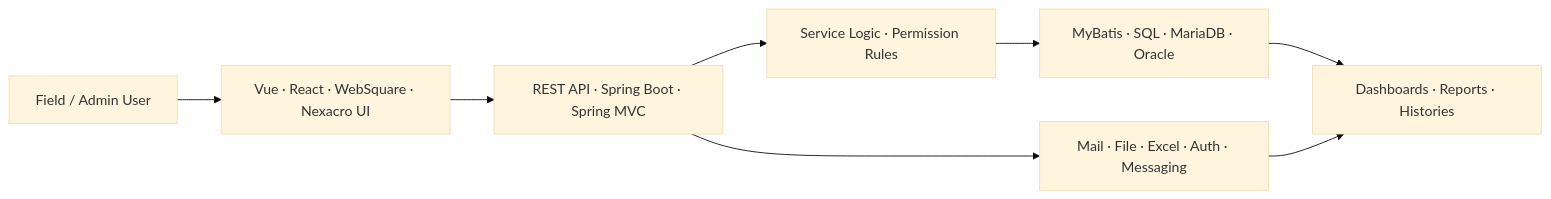
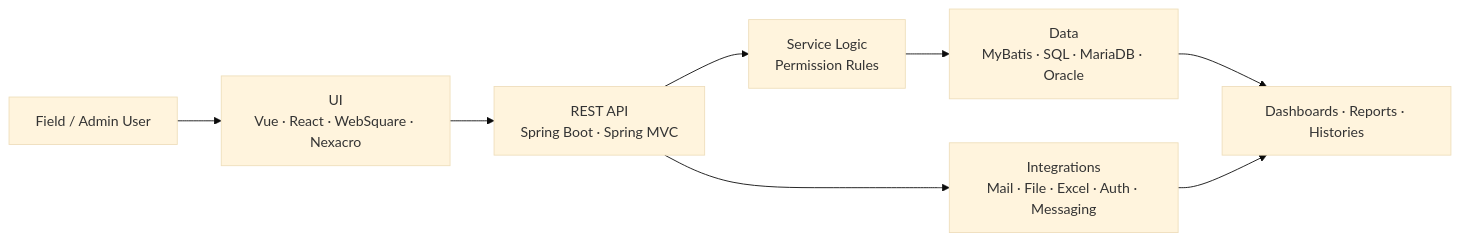
One commit to YongjaeKwon/YongjaeKwon changed the diagram in README.md. Above: the diagram before and after it, drawn with Mermaid (base theme). The commit also changed other lines of this file, not shown here.

````diff
--- a/README.md
+++ b/README.md
@@ -60,10 +113,10 @@
 ```mermaid
 flowchart LR
-  A["Field / Admin User"] --> B["Vue · React · WebSquare · Nexacro UI"]
-  B --> C["REST API · Spring Boot · Spring MVC"]
-  C --> D["Service Logic · Permission Rules"]
-  D --> E["MyBatis · SQL · MariaDB · Oracle"]
-  C --> F["Mail · File · Excel · Auth · Messaging"]
+  A["Field / Admin User"] --> B["UI<br/>Vue · React · WebSquare · Nexacro"]
+  B --> C["REST API<br/>Spring Boot · Spring MVC"]
+  C --> D["Service Logic<br/>Permission Rules"]
+  D --> E["Data<br/>MyBatis · SQL · MariaDB · Oracle"]
+  C --> F["Integrations<br/>Mail · File · Excel · Auth · Messaging"]
   E --> G["Dashboards · Reports · Histories"]
   F --> G
 ```
````
